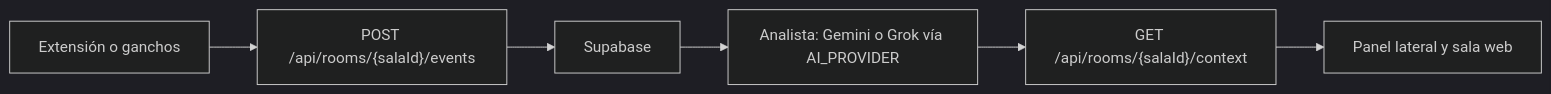
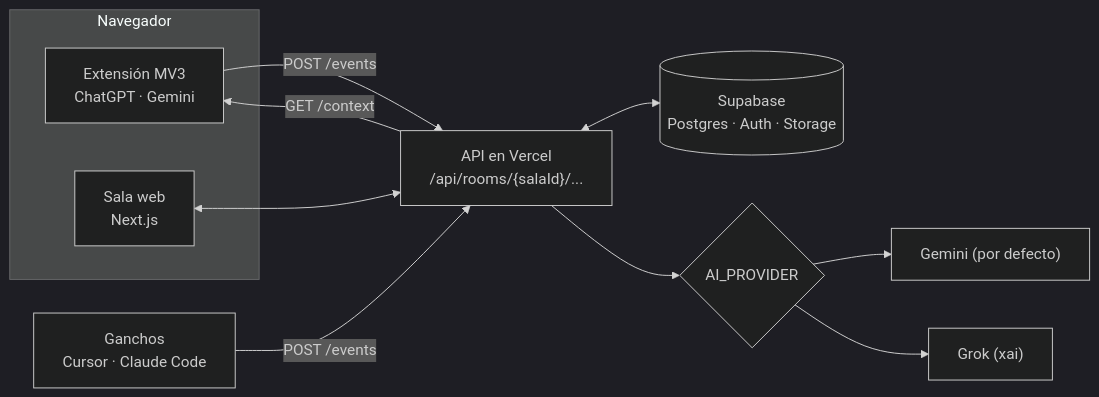
Before and after one commit to julissb51-cell/HackaTOB: the diagram in README.md, drawn with Mermaid (dark theme). The commit also changed other lines of this file and 5 other files, not shown here.

````diff
--- a/README.md
+++ b/README.md
@@ -32,11 +81,22 @@
 ```mermaid
 flowchart LR
-  origen[Extensión o ganchos]
-  post["POST /api/rooms/{salaId}/events"]
-  db[Supabase]
-  analista["Analista: Gemini o Grok vía AI_PROVIDER"]
-  get["GET /api/rooms/{salaId}/context"]
-  vista[Panel lateral y sala web]
+  subgraph Navegador
+    ext["Extensión MV3<br/>ChatGPT · Gemini"]
+    web["Sala web<br/>Next.js"]
+  end
+  hooks["Ganchos<br/>Cursor · Claude Code"]
+  api["API en Vercel<br/>/api/rooms/{salaId}/..."]
+  db[("Supabase<br/>Postgres · Auth · Storage")]
+  ai{"AI_PROVIDER"}
+  gemini["Gemini (por defecto)"]
+  grok["Grok (xai)"]
 
-  origen --> post --> db --> analista --> get --> vista
+  ext -- "POST /events" --> api
+  hooks -- "POST /events" --> api
+  web <--> api
+  api <--> db
+  api --> ai
+  ai --> gemini
+  ai --> grok
+  api -- "GET /context" --> ext
 ```
````
